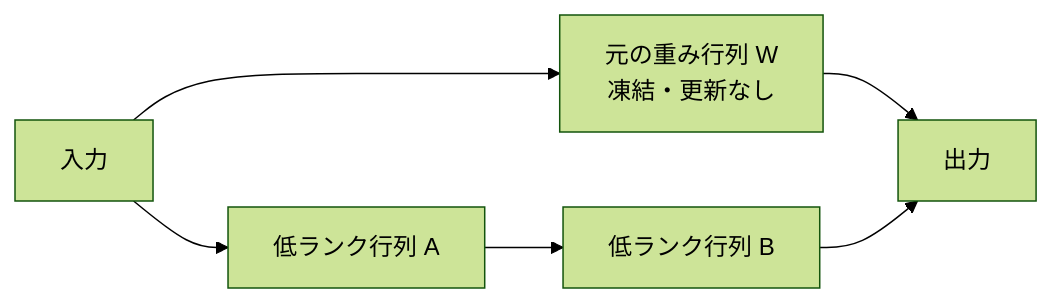
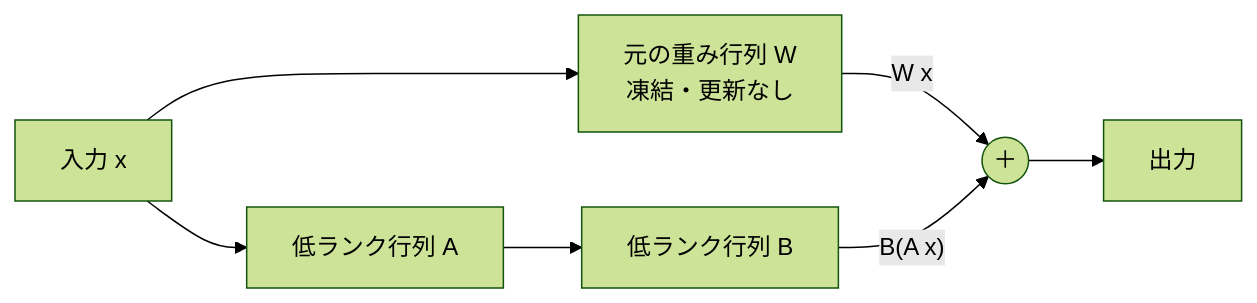
One commit to myoshi2891/Comparison-of-LLMs changed the fourth of 9 diagrams in Generative-ai-on-aws-guide.md. Above: the diagram before and after it, drawn with Mermaid (forest theme). The commit also changed other lines of this file and 3 other files, not shown here.

````diff
--- a/Generative-ai-on-aws-guide.md
+++ b/Generative-ai-on-aws-guide.md
@@ -249,8 +249,9 @@
 ```mermaid
 flowchart LR
-    A["元の重み行列 W<br/>凍結・更新なし"] --> D["出力"]
-    B["低ランク行列 A"] --> C["低ランク行列 B"]
-    C --> D
-    E["入力"] --> A
-    E --> B
+    E["入力 x"] --> A["元の重み行列 W<br/>凍結・更新なし"]
+    E --> B["低ランク行列 A"]
+    B --> C["低ランク行列 B"]
+    A -->|"W x"| S(("＋"))
+    C -->|"B(A x)"| S
+    S --> D["出力"]
 ```
````
